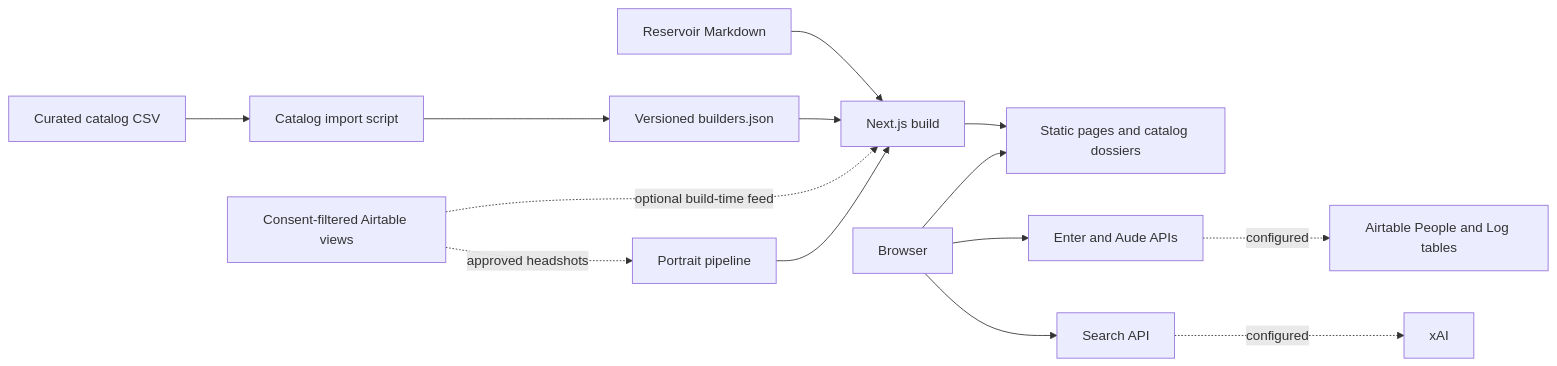
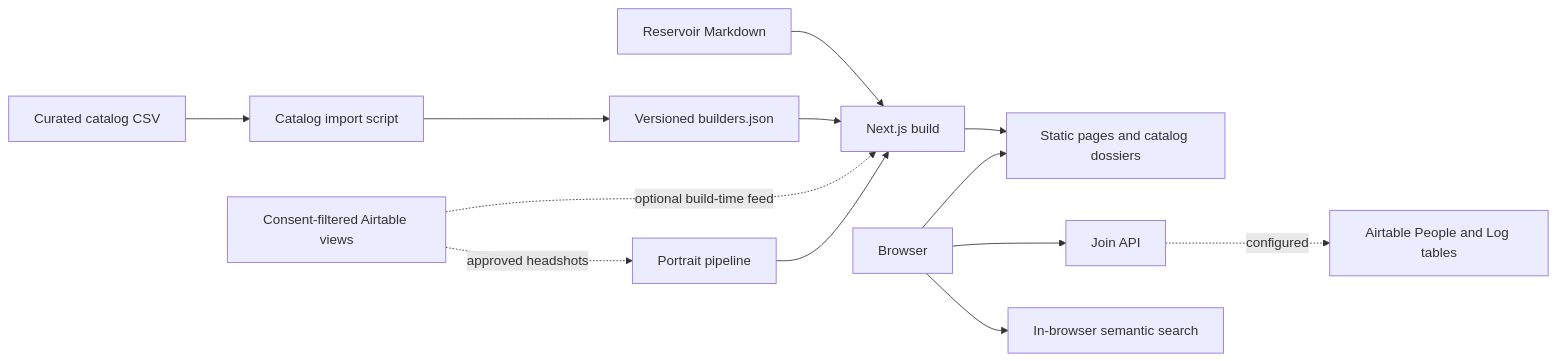
Before and after one commit to ariyannp07/YES-Website: the diagram in README.md, drawn with Mermaid. The commit also changed other lines of this file and 3 other files, not shown here.

````diff
--- a/README.md
+++ b/README.md
@@ -65,17 +66,16 @@
 ```mermaid
 flowchart LR
   CSV[Curated catalog CSV] --> Import[Catalog import script]
   Import --> JSON[Versioned builders.json]
   MD[Reservoir Markdown] --> Build[Next.js build]
   JSON --> Build
   Views[Consent-filtered Airtable views] -. optional build-time feed .-> Build
   Views -. approved headshots .-> Portraits[Portrait pipeline]
   Portraits --> Build
   Build --> Static[Static pages and catalog dossiers]
 
   Browser --> Static
-  Browser --> Intake[Enter and Aude APIs]
+  Browser --> Intake[Join API]
   Intake -. configured .-> State[Airtable People and Log tables]
-  Browser --> Search[Search API]
-  Search -. configured .-> XAI[xAI]
+  Browser --> Search[In-browser semantic search]
 ```
````
